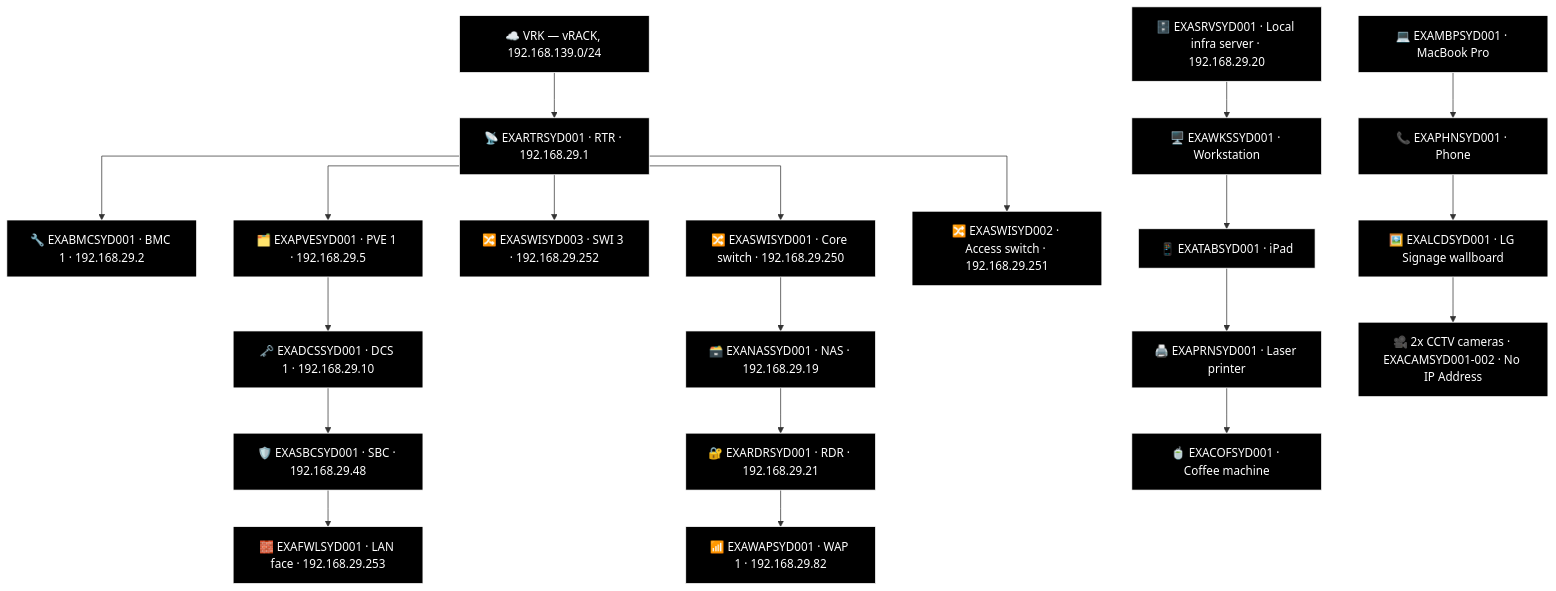
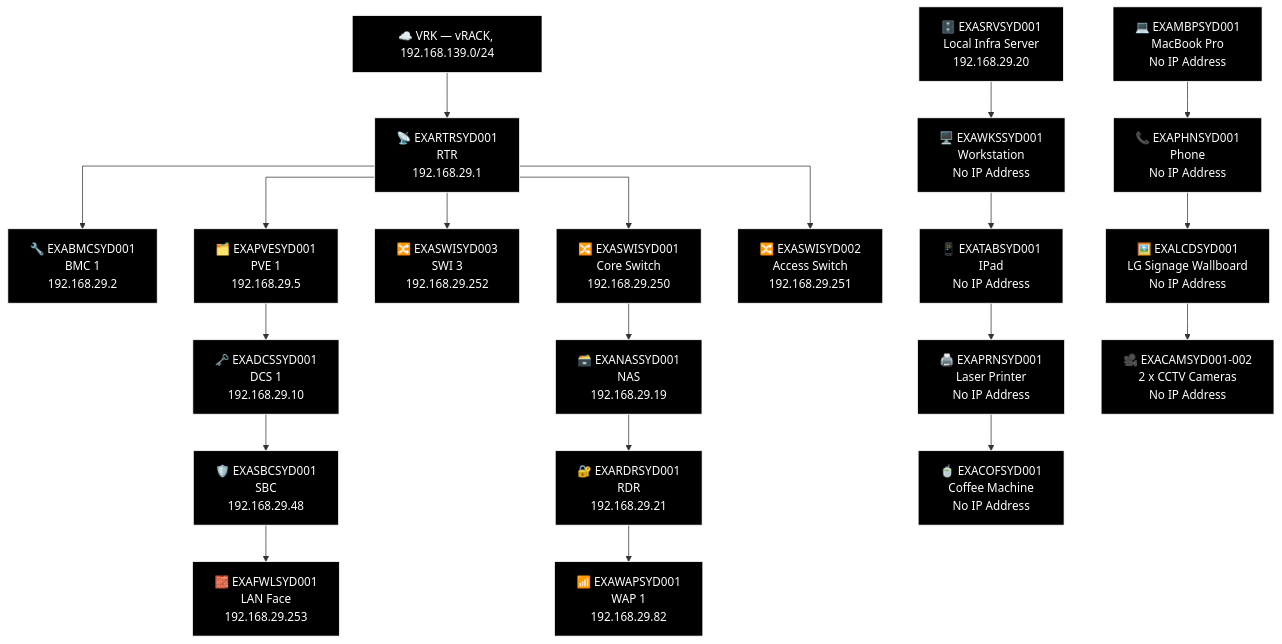
One commit to knightmare2600/example_music_infra changed the second of 4 diagrams in docs/network-diagram/australia.md. Above: the diagram before and after it, drawn with Mermaid. The commit also changed other lines of this file and 18 other files, not shown here.

````diff
--- a/docs/network-diagram/australia.md
+++ b/docs/network-diagram/australia.md
@@ -57,60 +57,60 @@
 ```mermaid
 %% GENERATED:TOPOLOGY:SYD:START
 %%{init: {'flowchart': {'curve': 'stepAfter'}}}%%
 graph TD
     T_VRK["☁️ VRK — vRACK, 192.168.139.0/24"]
-    T_RTR["📡 EXARTRSYD001 · RTR · 192.168.29.1"]
+    T_RTR["📡 EXARTRSYD001<br/>RTR<br/>192.168.29.1"]
     T_VRK --> T_RTR
-    T_BMC["🔧 EXABMCSYD001 · BMC 1 · 192.168.29.2"]
+    T_BMC["🔧 EXABMCSYD001<br/>BMC 1<br/>192.168.29.2"]
     T_RTR --> T_BMC
-    T_PVE["🗂️ EXAPVESYD001 · PVE 1 · 192.168.29.5"]
+    T_PVE["🗂️ EXAPVESYD001<br/>PVE 1<br/>192.168.29.5"]
     T_RTR --> T_PVE
-    T_SWI["🔀 EXASWISYD003 · SWI 3 · 192.168.29.252"]
+    T_SWI["🔀 EXASWISYD003<br/>SWI 3<br/>192.168.29.252"]
     T_RTR --> T_SWI
-    T_SWI2["🔀 EXASWISYD001 · Core switch · 192.168.29.250"]
+    T_SWI2["🔀 EXASWISYD001<br/>Core Switch<br/>192.168.29.250"]
     T_RTR --> T_SWI2
-    T_SWI3["🔀 EXASWISYD002 · Access switch · 192.168.29.251"]
+    T_SWI3["🔀 EXASWISYD002<br/>Access Switch<br/>192.168.29.251"]
     T_RTR --> T_SWI3
-    T_NAS["🗃️ EXANASSYD001 · NAS · 192.168.29.19"]
-    T_RDR["🔐 EXARDRSYD001 · RDR · 192.168.29.21"]
-    T_WAP["📶 EXAWAPSYD001 · WAP 1 · 192.168.29.82"]
+    T_NAS["🗃️ EXANASSYD001<br/>NAS<br/>192.168.29.19"]
+    T_RDR["🔐 EXARDRSYD001<br/>RDR<br/>192.168.29.21"]
+    T_WAP["📶 EXAWAPSYD001<br/>WAP 1<br/>192.168.29.82"]
     T_SWI2 --> T_NAS --> T_RDR --> T_WAP
-    T_DCS["🗝️ EXADCSSYD001 · DCS 1 · 192.168.29.10"]
-    T_SBC["🛡️ EXASBCSYD001 · SBC · 192.168.29.48"]
-    T_FWL["🧱 EXAFWLSYD001 · LAN face · 192.168.29.253"]
+    T_DCS["🗝️ EXADCSSYD001<br/>DCS 1<br/>192.168.29.10"]
+    T_SBC["🛡️ EXASBCSYD001<br/>SBC<br/>192.168.29.48"]
+    T_FWL["🧱 EXAFWLSYD001<br/>LAN Face<br/>192.168.29.253"]
     T_PVE --> T_DCS --> T_SBC --> T_FWL
-    T_SRV["🗄️ EXASRVSYD001 · Local infra server · 192.168.29.20"]
-    T_MBP["💻 EXAMBPSYD001 · MacBook Pro"]
-    T_WKS["🖥️ EXAWKSSYD001 · Workstation"]
-    T_PHN["📞 EXAPHNSYD001 · Phone"]
-    T_TAB["📱 EXATABSYD001 · iPad"]
-    T_LCD["🖼️ EXALCDSYD001 · LG Signage wallboard"]
-    T_PRN["🖨️ EXAPRNSYD001 · Laser printer"]
-    T_OTH_CAM["🎥 2x CCTV cameras · EXACAMSYD001-002 · No IP Address"]
-    T_COF["🍵 EXACOFSYD001 · Coffee machine"]
+    T_SRV["🗄️ EXASRVSYD001<br/>Local Infra Server<br/>192.168.29.20"]
+    T_MBP["💻 EXAMBPSYD001<br/>MacBook Pro<br/>No IP Address"]
+    T_WKS["🖥️ EXAWKSSYD001<br/>Workstation<br/>No IP Address"]
+    T_PHN["📞 EXAPHNSYD001<br/>Phone<br/>No IP Address"]
+    T_TAB["📱 EXATABSYD001<br/>IPad<br/>No IP Address"]
+    T_LCD["🖼️ EXALCDSYD001<br/>LG Signage Wallboard<br/>No IP Address"]
+    T_PRN["🖨️ EXAPRNSYD001<br/>Laser Printer<br/>No IP Address"]
+    T_OTH_CAM["🎥 EXACAMSYD001-002<br/>2 x CCTV Cameras<br/>No IP Address"]
+    T_COF["🍵 EXACOFSYD001<br/>Coffee Machine<br/>No IP Address"]
     T_SRV --> T_WKS --> T_TAB --> T_PRN --> T_COF
     T_MBP --> T_PHN --> T_LCD --> T_OTH_CAM
     style T_VRK fill:#000000,stroke:#FFFFFF,color:#FFFFFF
     style T_RTR fill:#000000,stroke:#FFFFFF,color:#FFFFFF
     style T_BMC fill:#000000,stroke:#FFFFFF,color:#FFFFFF
     style T_PVE fill:#000000,stroke:#FFFFFF,color:#FFFFFF
     style T_SWI fill:#000000,stroke:#FFFFFF,color:#FFFFFF
     style T_SWI2 fill:#000000,stroke:#FFFFFF,color:#FFFFFF
     style T_SWI3 fill:#000000,stroke:#FFFFFF,color:#FFFFFF
     style T_NAS fill:#000000,stroke:#FFFFFF,color:#FFFFFF
     style T_RDR fill:#000000,stroke:#FFFFFF,color:#FFFFFF
     style T_WAP fill:#000000,stroke:#FFFFFF,color:#FFFFFF
     style T_DCS fill:#000000,stroke:#FFFFFF,color:#FFFFFF
     style T_SBC fill:#000000,stroke:#FFFFFF,color:#FFFFFF
     style T_FWL fill:#000000,stroke:#FFFFFF,color:#FFFFFF
     style T_SRV fill:#000000,stroke:#FFFFFF,color:#FFFFFF
     style T_MBP fill:#000000,stroke:#FFFFFF,color:#FFFFFF
     style T_WKS fill:#000000,stroke:#FFFFFF,color:#FFFFFF
     style T_PHN fill:#000000,stroke:#FFFFFF,color:#FFFFFF
     style T_TAB fill:#000000,stroke:#FFFFFF,color:#FFFFFF
     style T_LCD fill:#000000,stroke:#FFFFFF,color:#FFFFFF
     style T_PRN fill:#000000,stroke:#FFFFFF,color:#FFFFFF
     style T_OTH_CAM fill:#000000,stroke:#FFFFFF,color:#FFFFFF
     style T_COF fill:#000000,stroke:#FFFFFF,color:#FFFFFF
 %% GENERATED:TOPOLOGY:SYD:END
 ```
````
